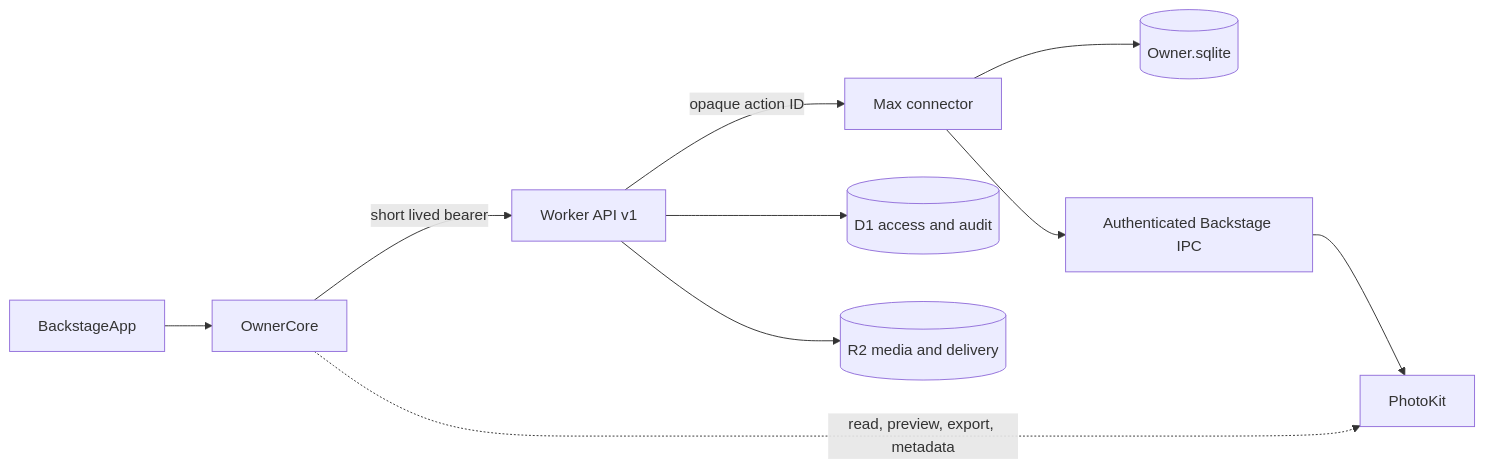
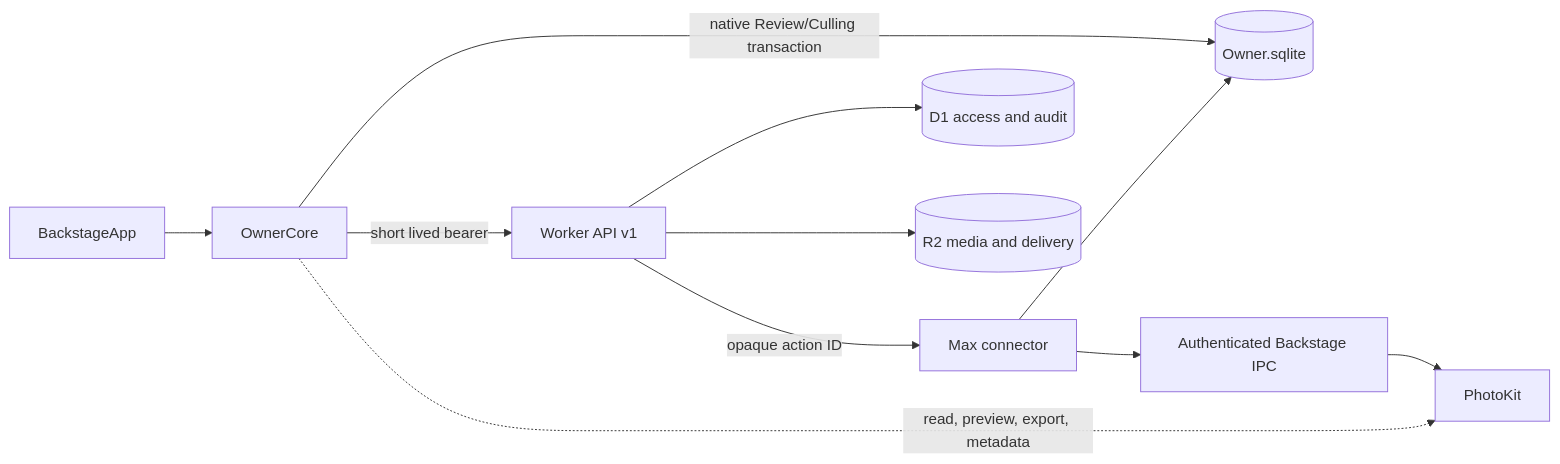
The diagram in docs/architecture/backstage-native.md (ec92009/PhotosByElie), drawn with Mermaid before and after one commit. The commit also changed other lines of this file and 11 other files, not shown here.

````diff
--- a/docs/architecture/backstage-native.md
+++ b/docs/architecture/backstage-native.md
@@ -116,12 +120,13 @@
 ```mermaid
 flowchart LR
   UI["BackstageApp"] --> Core["OwnerCore"]
+  Core -->|native Review/Culling transaction| DB[("Owner.sqlite")]
   Core -->|short lived bearer| Worker["Worker API v1"]
   Worker -->|opaque action ID| Connector["Max connector"]
   Connector --> DB[("Owner.sqlite")]
   Connector --> BackstageIPC["Authenticated Backstage IPC"]
   BackstageIPC --> PhotoKit["PhotoKit"]
   Worker --> D1[("D1 access and audit")]
   Worker --> R2[("R2 media and delivery")]
   Core -. read, preview, export, metadata .-> PhotoKit
 ```
````
